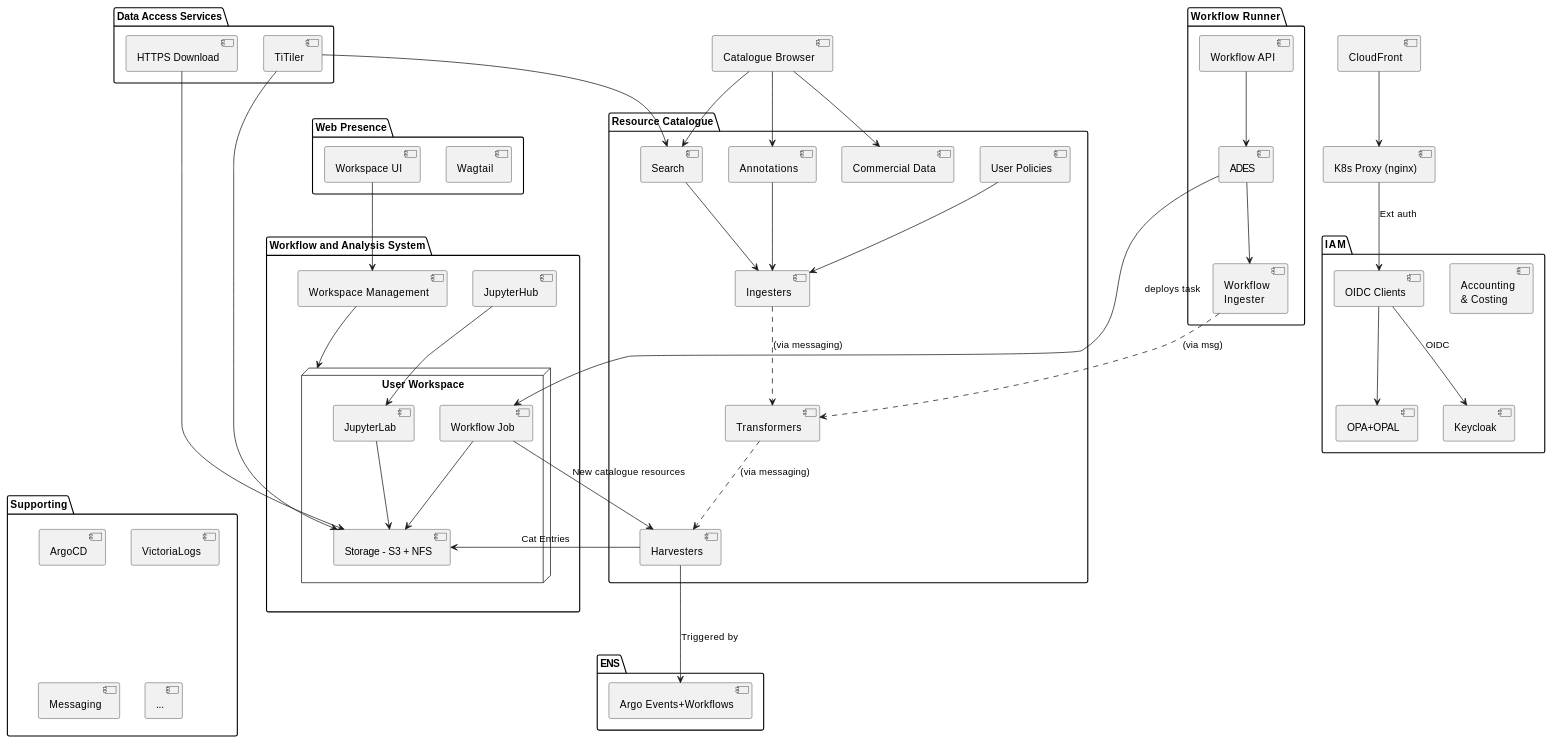
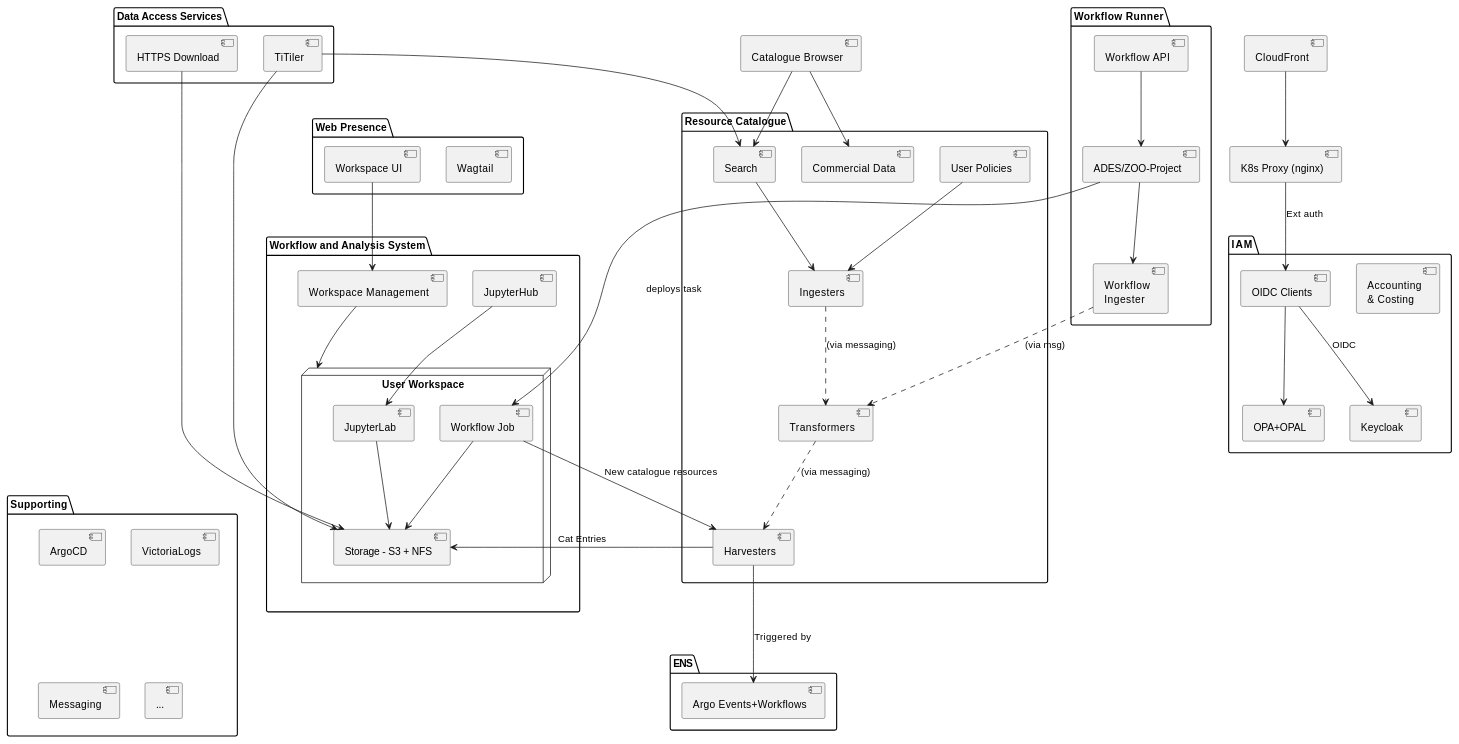
One commit to EO-DataHub/eodhp-guide changed the diagram in docs/architecture/architectural-design/architecture-overview.md. Above: the diagram before and after it, drawn with PlantUML. The commit also changed other lines of this file and 5 other files, not shown here.

Commit message:
docs: Update architecture diagrams

```diff
--- a/docs/architecture/architectural-design/architecture-overview.md
+++ b/docs/architecture/architectural-design/architecture-overview.md
@@ -82,18 +78,15 @@
 
 package "Resource Catalogue" as Catalogue {
   [User Policies] as AccessPolicies
-  [Annotations] as AnnCat
   [Search] as CatS
   [Ingesters] as CatI
   [Transformers]
   [Harvesters] as CatSource
   [Commercial Data] as Ordering
 
-  CatBrowser --> AnnCat
   CatBrowser --> CatS
   CatBrowser --> Ordering
   CatS --> CatI
-  AnnCat --> CatI
   AccessPolicies --> CatI
   CatI ..> Transformers : (via messaging)
   Transformers ..> CatSource : (via messaging)
@@ -108,7 +101,7 @@
 
 package "Workflow Runner" as WR {
   [Workflow API] as WFAPI
-  [ADES] as ADES
+  [ADES/ZOO-Project] as ADES
 
   WFAPI --> ADES
 
```
